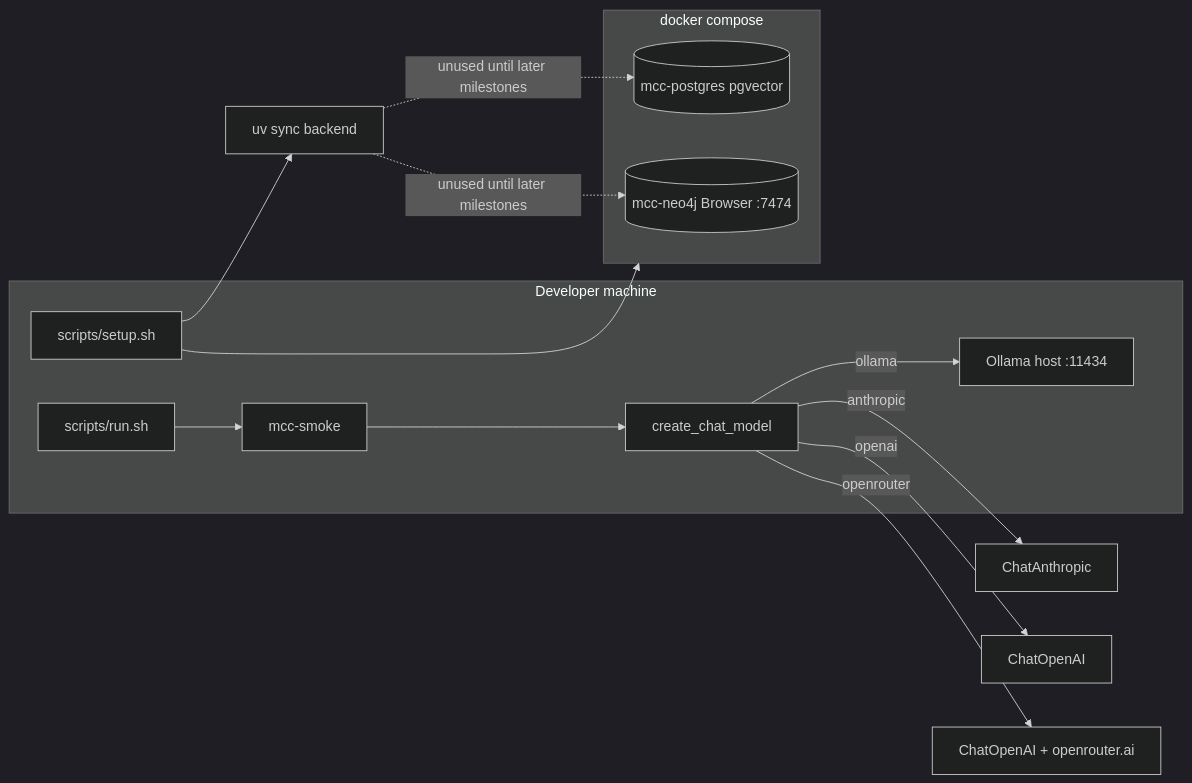
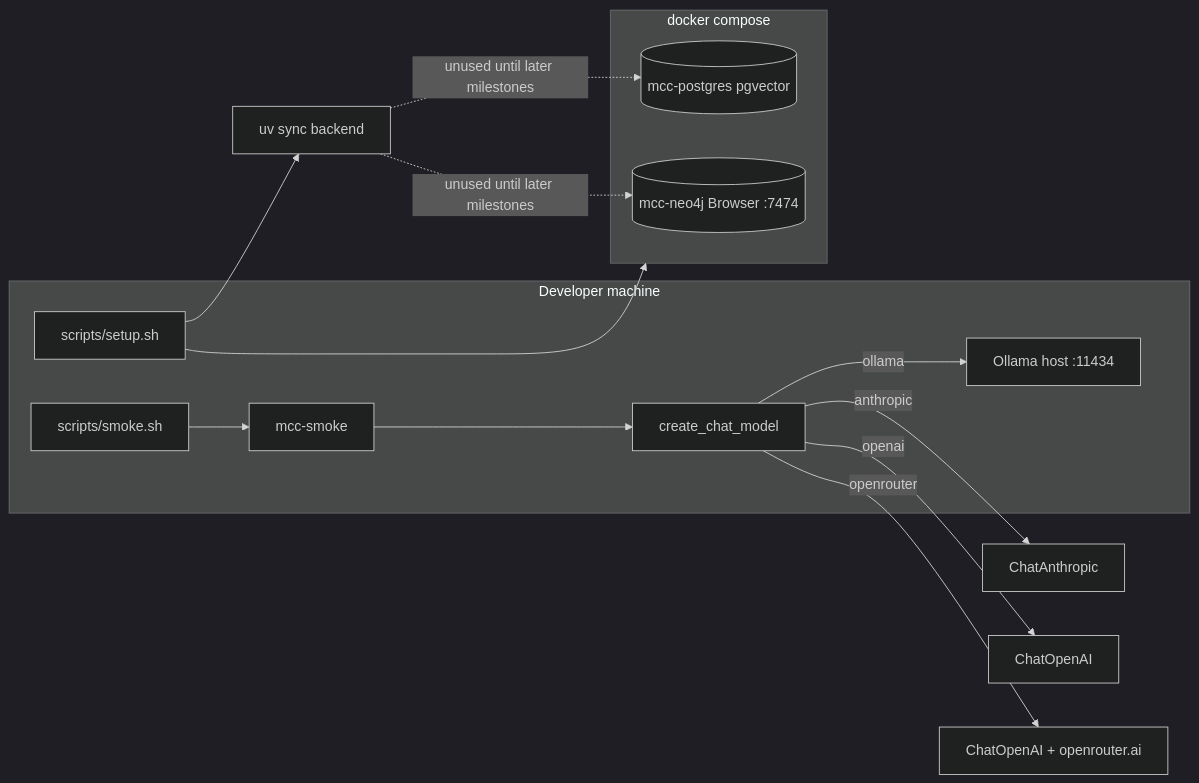
One commit to CharlotteYW/mini-claude-code changed the second of 2 diagrams in docs/milestones/M0-environment.md. Above: the diagram before and after it, drawn with Mermaid (dark theme). The commit also changed other lines of this file and 6 other files, not shown here.

First line of the commit message:
Rename LLM factory smoke entrypoint to scripts/smoke.sh.

````diff
--- a/docs/milestones/M0-environment.md
+++ b/docs/milestones/M0-environment.md
@@ -135,24 +135,24 @@
 ```mermaid
 flowchart LR
   subgraph host [Developer machine]
     Setup[scripts/setup.sh]
-    Run[scripts/run.sh]
+    Run[scripts/smoke.sh]
     Smoke[mcc-smoke]
     Factory[create_chat_model]
     Ollama[Ollama host :11434]
   end
   subgraph compose [docker compose]
     PG[(mcc-postgres pgvector)]
     Neo4j[(mcc-neo4j Browser :7474)]
   end
   Setup --> compose
   Setup --> UvSync[uv sync backend]
   Run --> Smoke
   Smoke --> Factory
   Factory -->|ollama| Ollama
   Factory -->|anthropic| Anthropic[ChatAnthropic]
   Factory -->|openai| OpenAI[ChatOpenAI]
   Factory -->|openrouter| OpenRouter["ChatOpenAI + openrouter.ai"]
   UvSync -.->|unused until later milestones| PG
   UvSync -.->|unused until later milestones| Neo4j
 ```
````
